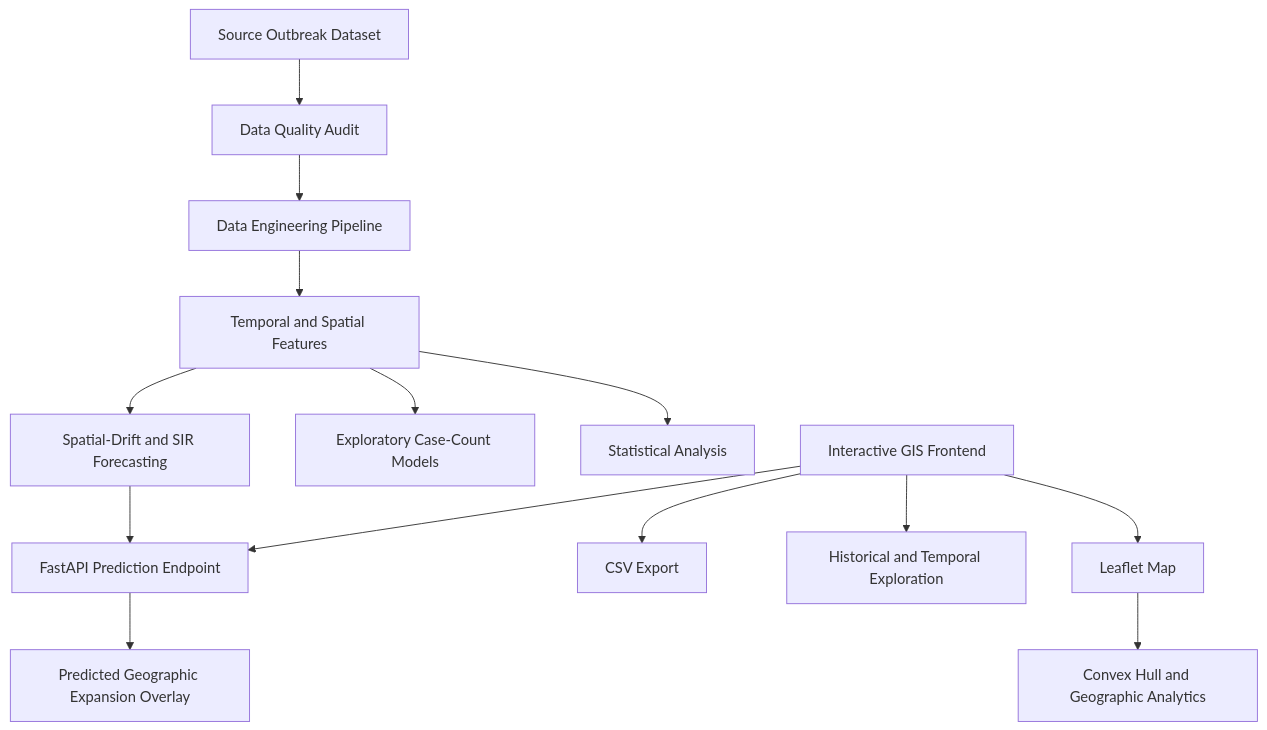
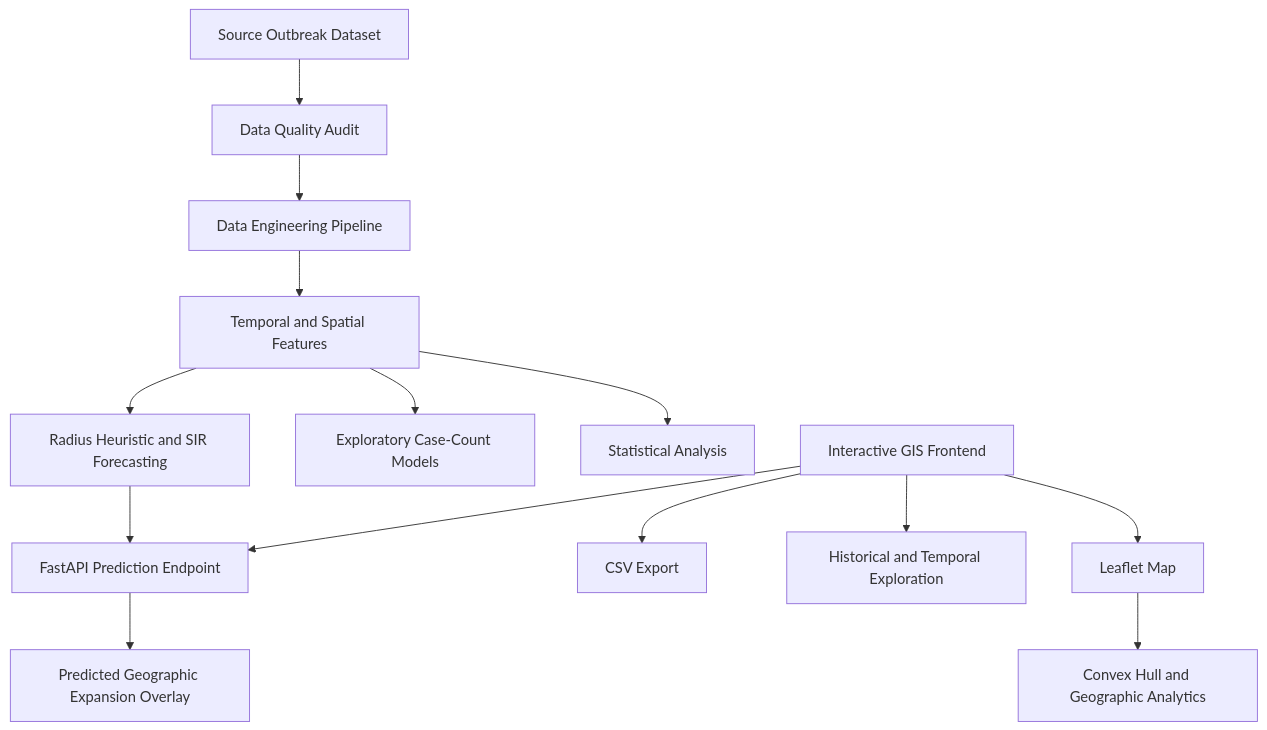
One commit to Vya234/outbreak-spatial-mapper changed the diagram in README.md. Above: the diagram before and after it, drawn with Mermaid. The commit also changed other lines of this file and 10 other files, not shown here.

Commit message:
Add outbreak-occurrence baseline and figures; correct drift/SIR claims; non-synthetic HED filter

````diff
--- a/README.md
+++ b/README.md
@@ -79,18 +79,18 @@
 ```mermaid
 flowchart TD
     A[Source Outbreak Dataset] --> B[Data Quality Audit]
     B --> C[Data Engineering Pipeline]
     C --> D[Temporal and Spatial Features]
     D --> E[Statistical Analysis]
     D --> F[Exploratory Case-Count Models]
-    D --> G[Spatial-Drift and SIR Forecasting]
+    D --> G[Radius Heuristic and SIR Forecasting]
 
     H[Interactive GIS Frontend] --> I[Leaflet Map]
     I --> J[Convex Hull and Geographic Analytics]
     H --> K[Historical and Temporal Exploration]
     H --> L[CSV Export]
 
     H --> M[FastAPI Prediction Endpoint]
     G --> M
     M --> N[Predicted Geographic Expansion Overlay]
 ```
````
